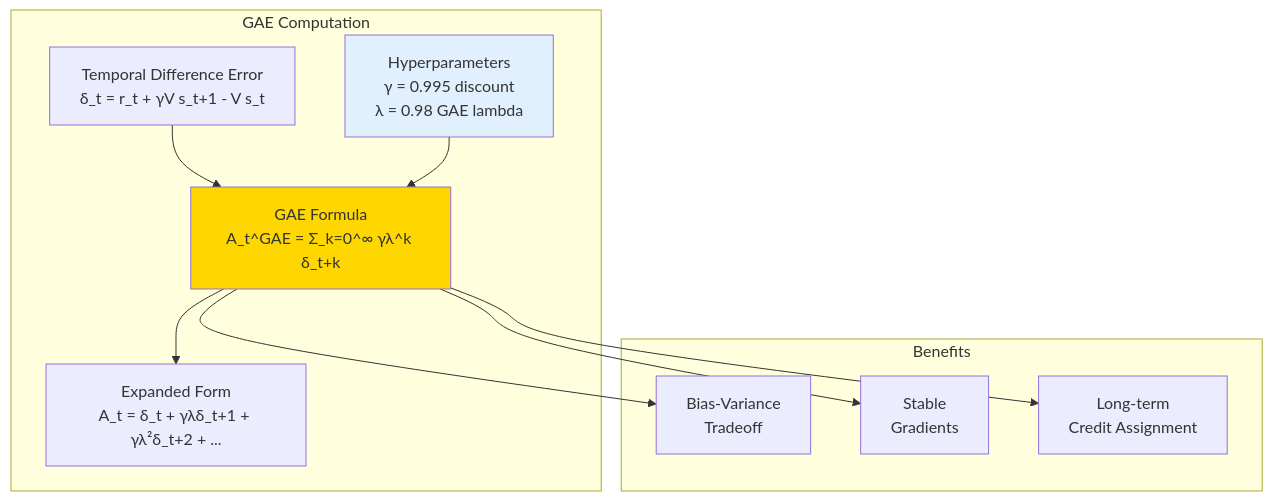
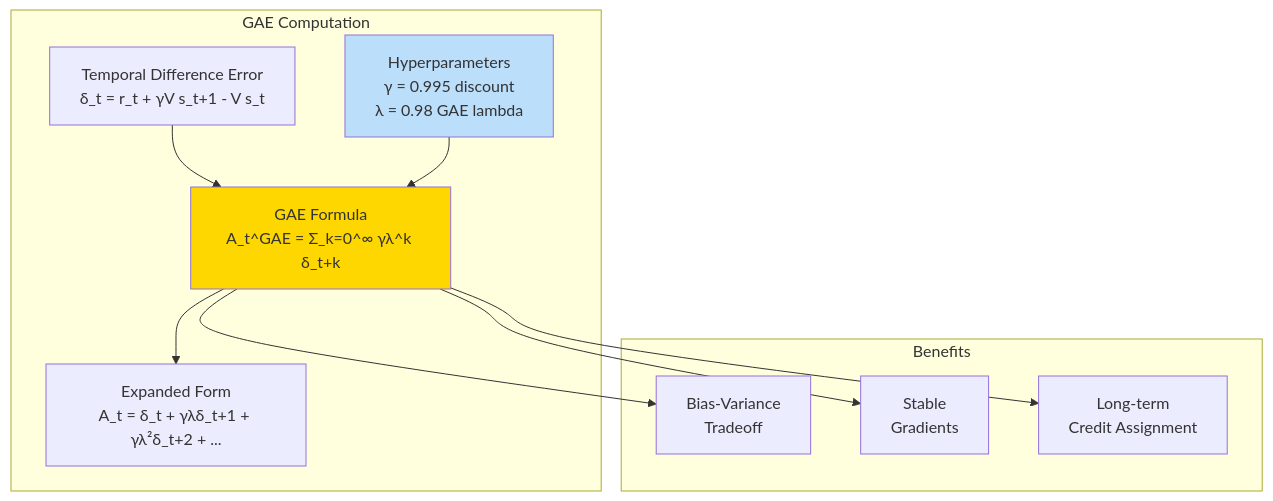
One commit to HelloCol2/markov-fraud-antigravity changed the fifth of 14 diagrams in README.md. Above: the diagram before and after it, drawn with Mermaid. The commit also changed other lines of this file, not shown here.

````diff
--- a/README.md
+++ b/README.md
@@ -283,29 +285,29 @@
 ```mermaid
 graph TB
     subgraph "GAE Computation"
         TD[Temporal Difference Error<br/>δ_t = r_t + γV s_t+1 - V s_t]
         
         GAE[GAE Formula<br/>A_t^GAE = Σ_k=0^∞ γλ^k δ_t+k]
         
         Expand[Expanded Form<br/>A_t = δ_t + γλδ_t+1 + γλ²δ_t+2 + ...]
         
         Params[Hyperparameters<br/>γ = 0.995 discount<br/>λ = 0.98 GAE lambda]
     end
     
     subgraph "Benefits"
         B1[Bias-Variance<br/>Tradeoff]
         B2[Stable<br/>Gradients]
         B3[Long-term<br/>Credit Assignment]
     end
     
     TD --> GAE
     GAE --> Expand
     Params --> GAE
     
     GAE --> B1
     GAE --> B2
     GAE --> B3
     
-    style GAE fill:#FFD700
-    style Params fill:#E1F0FF
+    style GAE fill:#ffd700
+    style Params fill:#bbdefb
 ```
````
